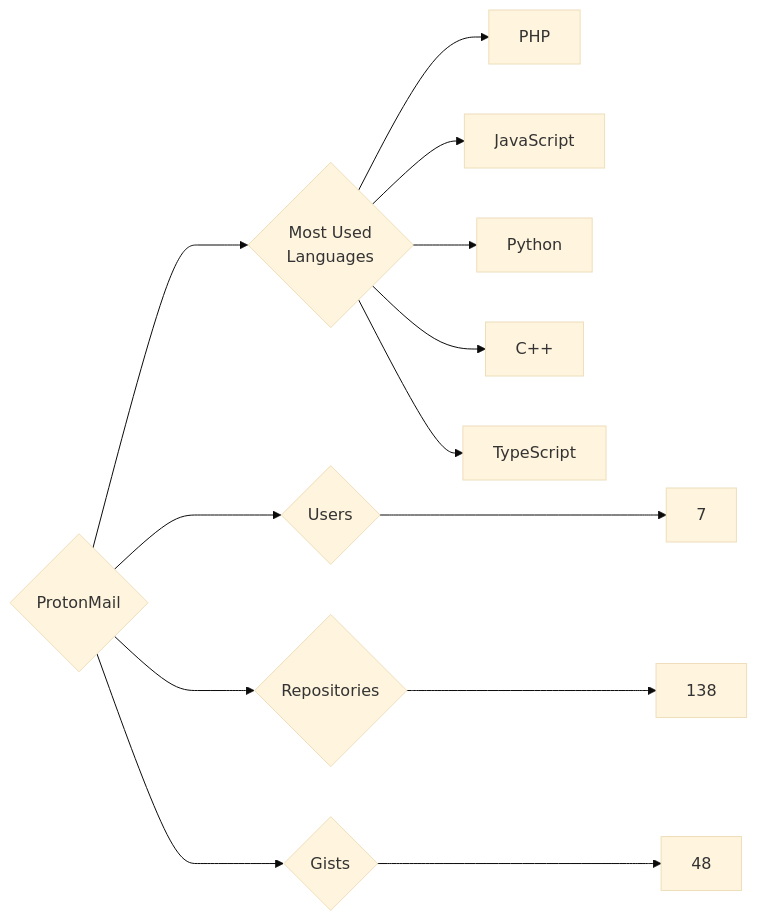
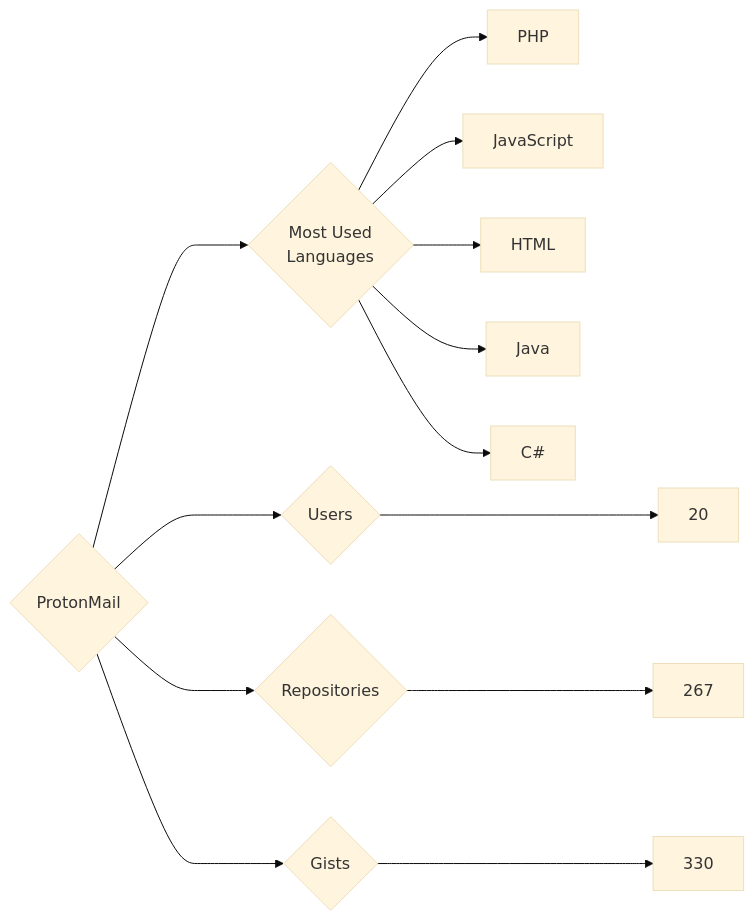
The diagram in targets/ProtonMail/README.md (trickest/insiders), drawn with Mermaid (base theme) before and after one commit. The commit also changed 1696 other files, not shown here.

````diff
--- a/targets/ProtonMail/README.md
+++ b/targets/ProtonMail/README.md
@@ -3,13 +3,13 @@
 ```mermaid
 graph LR
 COMPANY_NAME{ProtonMail}
-COMPANY_NAME ---> U{Users} ---> UN[7]
-COMPANY_NAME ---> R{Repositories} ---> RN[138]
-COMPANY_NAME ---> G{Gists} ---> GN[48]
+COMPANY_NAME ---> U{Users} ---> UN[20]
+COMPANY_NAME ---> R{Repositories} ---> RN[267]
+COMPANY_NAME ---> G{Gists} ---> GN[330]
 COMPANY_NAME ---> ML{Most Used<br>Languages}
 ML --> PHP[PHP]
 ML --> JavaScript[JavaScript]
-ML --> Python[Python]
-ML --> C++[C++]
-ML --> TypeScript[TypeScript]
+ML --> HTML[HTML]
+ML --> Java[Java]
+ML --> C#[C#]
 ```
````
